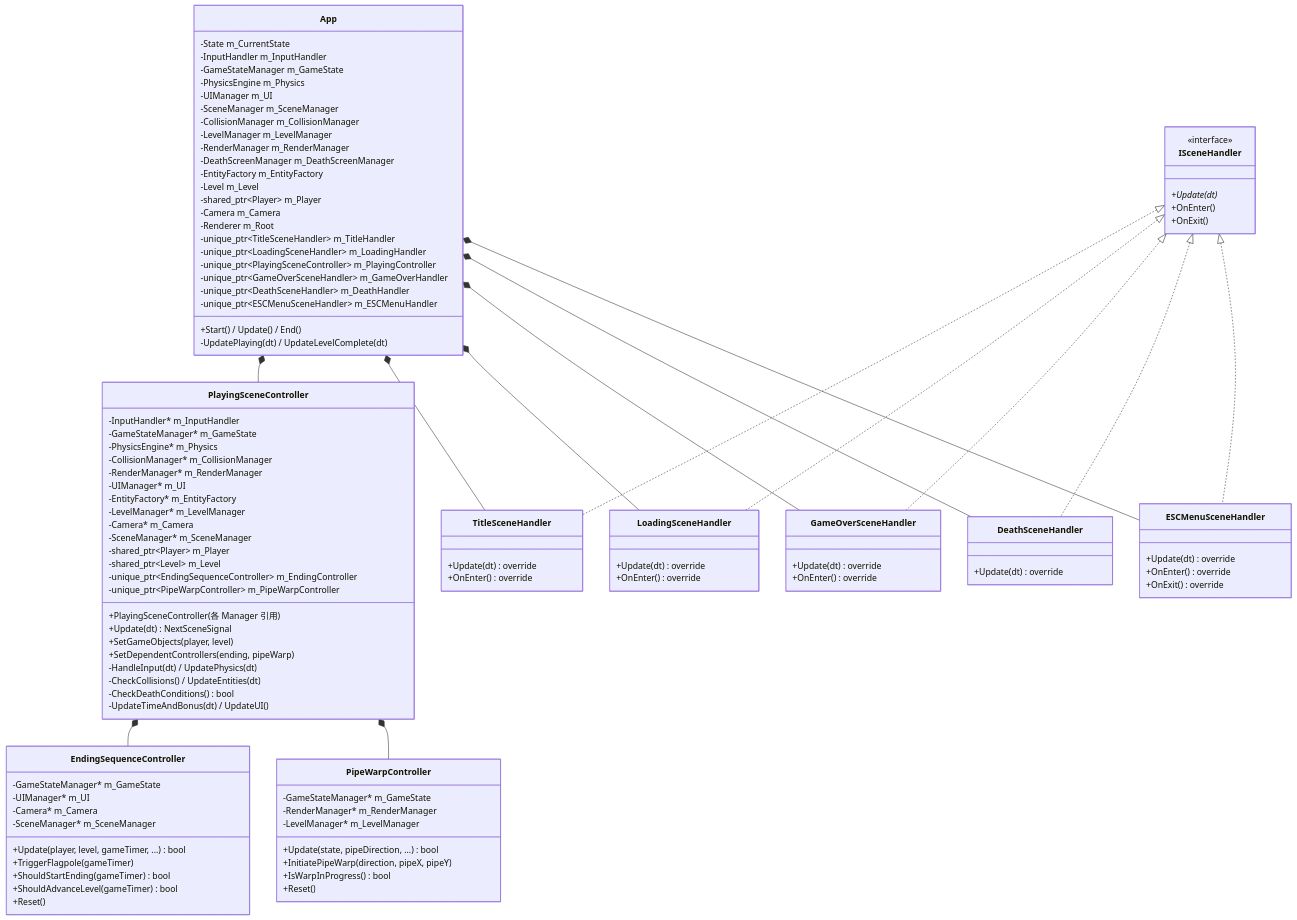
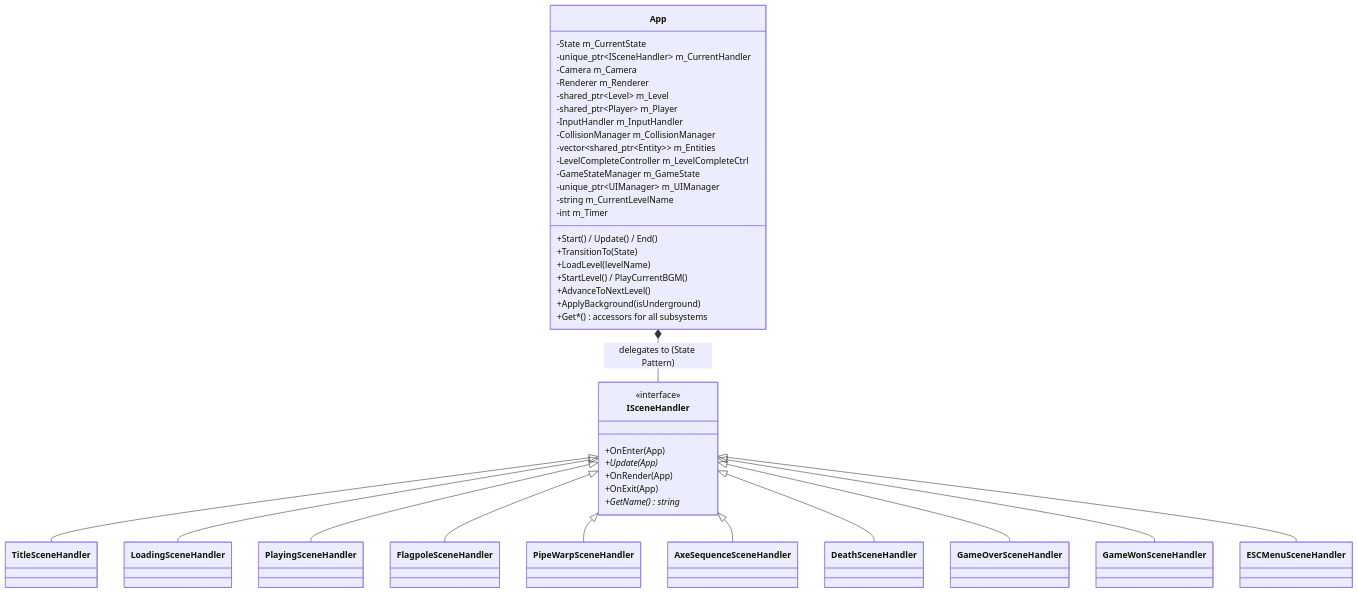
Diagram 13 of 20 in Constructure.md (Andy87877/NTUT_OOPL_mario), drawn with Mermaid before and after one commit. The commit also changed other lines of this file and 81 other files, not shown here.

First line of the commit message:
refactor: Implement AI behaviors for Piranha Plant and Podoboo; refactor static entity behaviors and scene handlers

````diff
--- a/Constructure.md
+++ b/Constructure.md
@@ -2439,123 +2559,46 @@
 
     class App {
         -State m_CurrentState
+        -unique_ptr~ISceneHandler~ m_CurrentHandler
+        -Camera m_Camera
+        -Renderer m_Renderer
+        -shared_ptr~Level~ m_Level
+        -shared_ptr~Player~ m_Player
         -InputHandler m_InputHandler
+        -CollisionManager m_CollisionManager
+        -vector~shared_ptr~Entity~~ m_Entities
+        -LevelCompleteController m_LevelCompleteCtrl
         -GameStateManager m_GameState
-        -PhysicsEngine m_Physics
-        -UIManager m_UI
-        -SceneManager m_SceneManager
-        -CollisionManager m_CollisionManager
-        -LevelManager m_LevelManager
-        -RenderManager m_RenderManager
-        -DeathScreenManager m_DeathScreenManager
-        -EntityFactory m_EntityFactory
-        -Level m_Level
-        -shared_ptr~Player~ m_Player
-        -Camera m_Camera
-        -Renderer m_Root
-        -unique_ptr~TitleSceneHandler~ m_TitleHandler
-        -unique_ptr~LoadingSceneHandler~ m_LoadingHandler
-        -unique_ptr~PlayingSceneController~ m_PlayingController
-        -unique_ptr~GameOverSceneHandler~ m_GameOverHandler
-        -unique_ptr~DeathSceneHandler~ m_DeathHandler
-        -unique_ptr~ESCMenuSceneHandler~ m_ESCMenuHandler
+        -unique_ptr~UIManager~ m_UIManager
+        -string m_CurrentLevelName
+        -int m_Timer
         +Start() / Update() / End()
-        -UpdatePlaying(dt) / UpdateLevelComplete(dt)
-    }
-
-    class PlayingSceneController {
-        -InputHandler* m_InputHandler
-        -GameStateManager* m_GameState
-        -PhysicsEngine* m_Physics
-        -CollisionManager* m_CollisionManager
-        -RenderManager* m_RenderManager
-        -UIManager* m_UI
-        -EntityFactory* m_EntityFactory
-        -LevelManager* m_LevelManager
-        -Camera* m_Camera
-        -SceneManager* m_SceneManager
-        -shared_ptr~Player~ m_Player
-        -shared_ptr~Level~ m_Level
-        -unique_ptr~EndingSequenceController~ m_EndingController
-        -unique_ptr~PipeWarpController~ m_PipeWarpController
-        +PlayingSceneController(各 Manager 引用)
-        +Update(dt) NextSceneSignal
-        +SetGameObjects(player, level)
-        +SetDependentControllers(ending, pipeWarp)
-        -HandleInput(dt) / UpdatePhysics(dt)
-        -CheckCollisions() / UpdateEntities(dt)
-        -CheckDeathConditions() bool
-        -UpdateTimeAndBonus(dt) / UpdateUI()
-    }
-
-    class EndingSequenceController {
-        -GameStateManager* m_GameState
-        -UIManager* m_UI
-        -Camera* m_Camera
-        -SceneManager* m_SceneManager
-        +Update(player, level, gameTimer, ...) bool
-        +TriggerFlagpole(gameTimer)
-        +ShouldStartEnding(gameTimer) bool
-        +ShouldAdvanceLevel(gameTimer) bool
-        +Reset()
-    }
-
-    class PipeWarpController {
-        -GameStateManager* m_GameState
-        -RenderManager* m_RenderManager
-        -LevelManager* m_LevelManager
-        +Update(state, pipeDirection, ...) bool
-        +InitiatePipeWarp(direction, pipeX, pipeY)
-        +IsWarpInProgress() bool
-        +Reset()
+        +TransitionTo(State)
+        +LoadLevel(levelName)
+        +StartLevel() / PlayCurrentBGM()
+        +AdvanceToNextLevel()
+        +ApplyBackground(isUnderground)
+        +Get*() accessors for all subsystems
     }
 
     class ISceneHandler {
         <<interface>>
-        +Update(dt)*
-        +OnEnter()
-        +OnExit()
+        +OnEnter(App)
+        +Update(App)*
+        +OnRender(App)
+        +OnExit(App)
+        +GetName() string*
     }
 
-    class TitleSceneHandler {
-        +Update(dt) override
-        +OnEnter() override
-    }
-
-    class LoadingSceneHandler {
-        +Update(dt) override
-        +OnEnter() override
-    }
-
-    class GameOverSceneHandler {
-        +Update(dt) override
-        +OnEnter() override
-    }
-
-    class DeathSceneHandler {
-        +Update(dt) override
-    }
-
-    class ESCMenuSceneHandler {
-        +Update(dt) override
-        +OnEnter() override
-        +OnExit() override
-    }
-
-    %% ── 繼承關係 ──
-    ISceneHandler <|.. TitleSceneHandler
-    ISceneHandler <|.. LoadingSceneHandler
-    ISceneHandler <|.. GameOverSceneHandler
-    ISceneHandler <|.. DeathSceneHandler
-    ISceneHandler <|.. ESCMenuSceneHandler
-
-    %% ── 組合關係 ──
-    App *-- PlayingSceneController
-    App *-- TitleSceneHandler
-    App *-- LoadingSceneHandler
-    App *-- GameOverSceneHandler
-    App *-- DeathSceneHandler
-    App *-- ESCMenuSceneHandler
-    PlayingSceneController *-- EndingSequenceController
-    PlayingSceneController *-- PipeWarpController
+    ISceneHandler <|-- TitleSceneHandler
+    ISceneHandler <|-- LoadingSceneHandler
+    ISceneHandler <|-- PlayingSceneHandler
+    ISceneHandler <|-- FlagpoleSceneHandler
+    ISceneHandler <|-- PipeWarpSceneHandler
+    ISceneHandler <|-- AxeSequenceSceneHandler
+    ISceneHandler <|-- DeathSceneHandler
+    ISceneHandler <|-- GameOverSceneHandler
+    ISceneHandler <|-- GameWonSceneHandler
+    ISceneHandler <|-- ESCMenuSceneHandler
+    App *-- ISceneHandler : delegates to (State Pattern)
 ```
````
